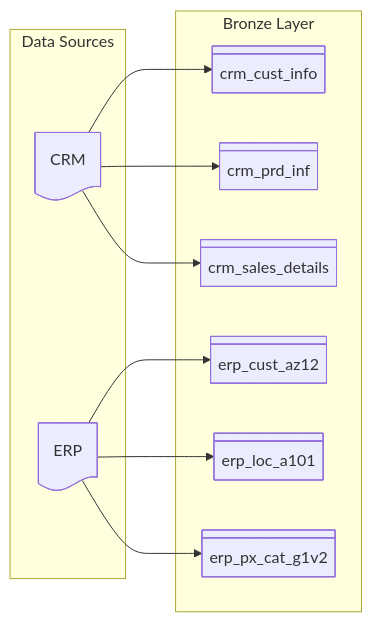
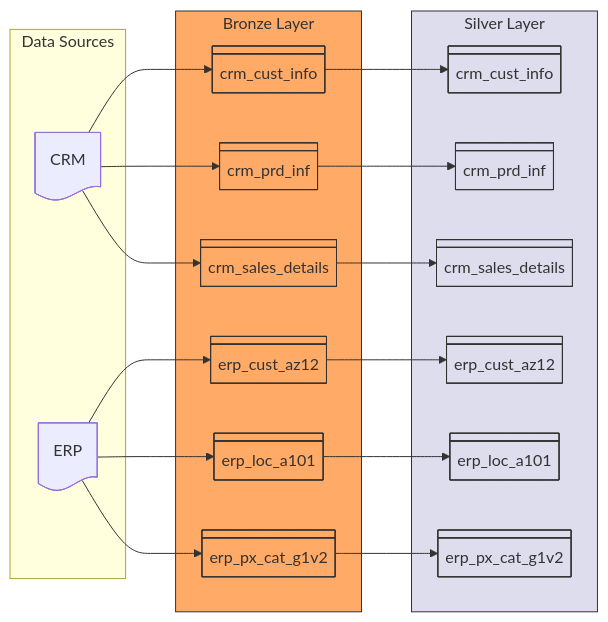
Before and after one commit to arkadianriver/de-dwh-sql: the second of 2 diagrams in src/docsrc/architecture.adoc, drawn with Mermaid. The commit also changed other lines of this file, not shown here.

```diff
--- a/src/docsrc/architecture.adoc
+++ b/src/docsrc/architecture.adoc
@@ -167,21 +169,44 @@
 [mermaid,data_flow,png]
 ----
 flowchart LR
-    d1-->b1 & b2 & b3
-    d2-->b4 & b5 & b6
+    d1-->b1:::bronze & b2:::bronze & b3:::bronze
+    d2-->b4:::bronze & b5:::bronze & b6:::bronze
+    b1:::bronze-->s1:::silver
+    b2:::bronze-->s2:::silver
+    b3:::bronze-->s3:::silver
+    b4:::bronze-->s4:::silver
+    b5:::bronze-->s5:::silver
+    b6:::bronze-->s6:::silver
 
-	subgraph Data Sources
+  subgraph Data Sources
     d1@{ shape: doc, label: "CRM" }
-	d2@{ shape: doc, label: "ERP" }
-    end
+    d2@{ shape: doc, label: "ERP" }
+  end
 
-    subgraph Bronze Layer
+  subgraph subb [Bronze Layer]
     b1@{ shape: div-rect, label: "crm_cust_info" }
-	b2@{ shape: div-rect, label: "crm_prd_inf" }
-	b3@{ shape: div-rect, label: "crm_sales_details" }
-    
-	b4@{ shape: div-rect, label: "erp_cust_az12" }
-	b5@{ shape: div-rect, label: "erp_loc_a101" }
-	b6@{ shape: div-rect, label: "erp_px_cat_g1v2" }
-    end
+    b2@{ shape: div-rect, label: "crm_prd_inf" }
+    b3@{ shape: div-rect, label: "crm_sales_details" }
+  
+    b4@{ shape: div-rect, label: "erp_cust_az12" }
+    b5@{ shape: div-rect, label: "erp_loc_a101" }
+    b6@{ shape: div-rect, label: "erp_px_cat_g1v2" }
+  end
+  
+  subgraph subs [Silver Layer]
+    s1@{ shape: div-rect, label: "crm_cust_info" }
+    s2@{ shape: div-rect, label: "crm_prd_inf" }
+    s3@{ shape: div-rect, label: "crm_sales_details" }
+  
+    s4@{ shape: div-rect, label: "erp_cust_az12" }
+    s5@{ shape: div-rect, label: "erp_loc_a101" }
+    s6@{ shape: div-rect, label: "erp_px_cat_g1v2" }
+  end
+  
+  classDef bronze fill:#fa6,stroke:#333;
+  classDef silver fill:#dde,stroke:#333;
+  classDef gold   fill:#ff6,stroke:#333;
+  class subb bronze
+  class subs silver
+
 ----
```
